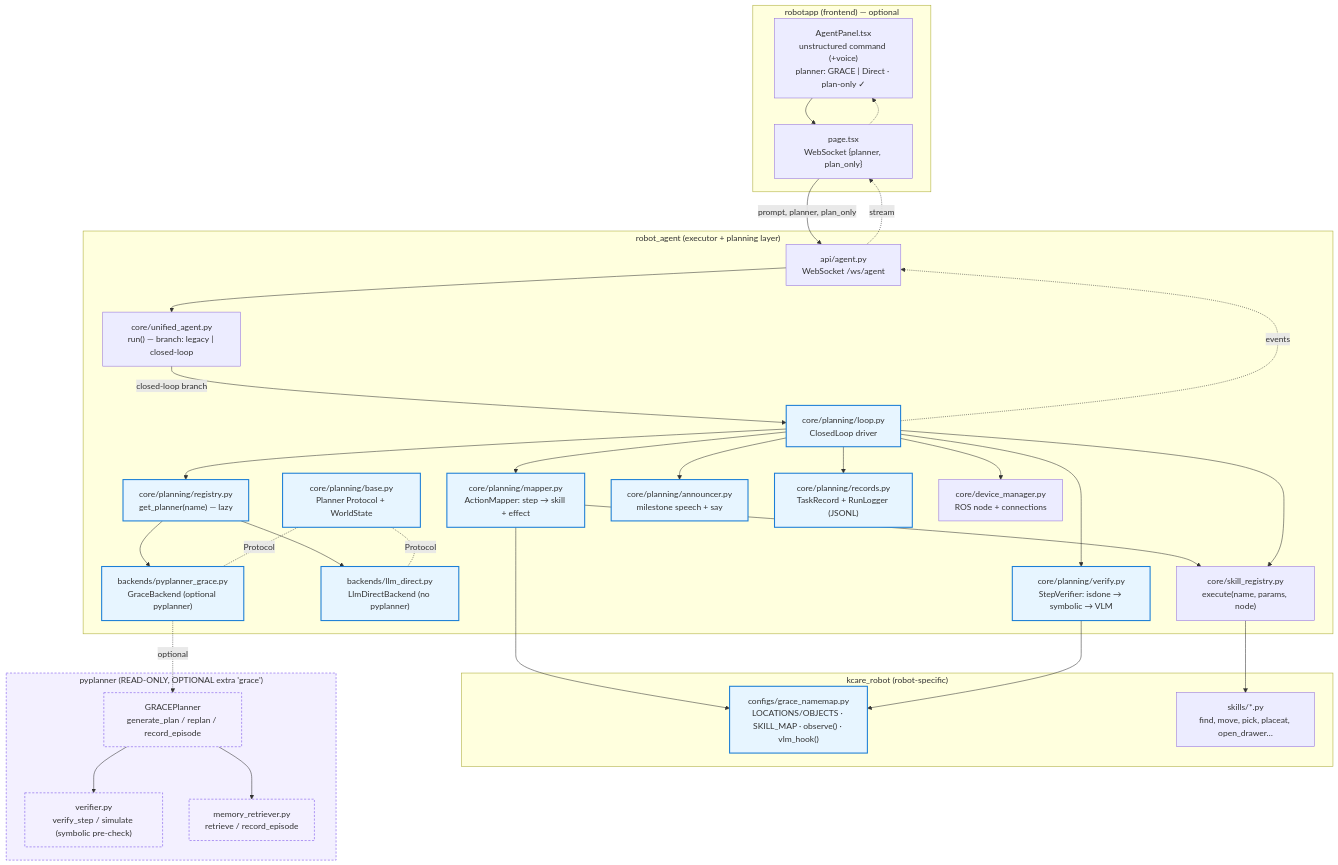
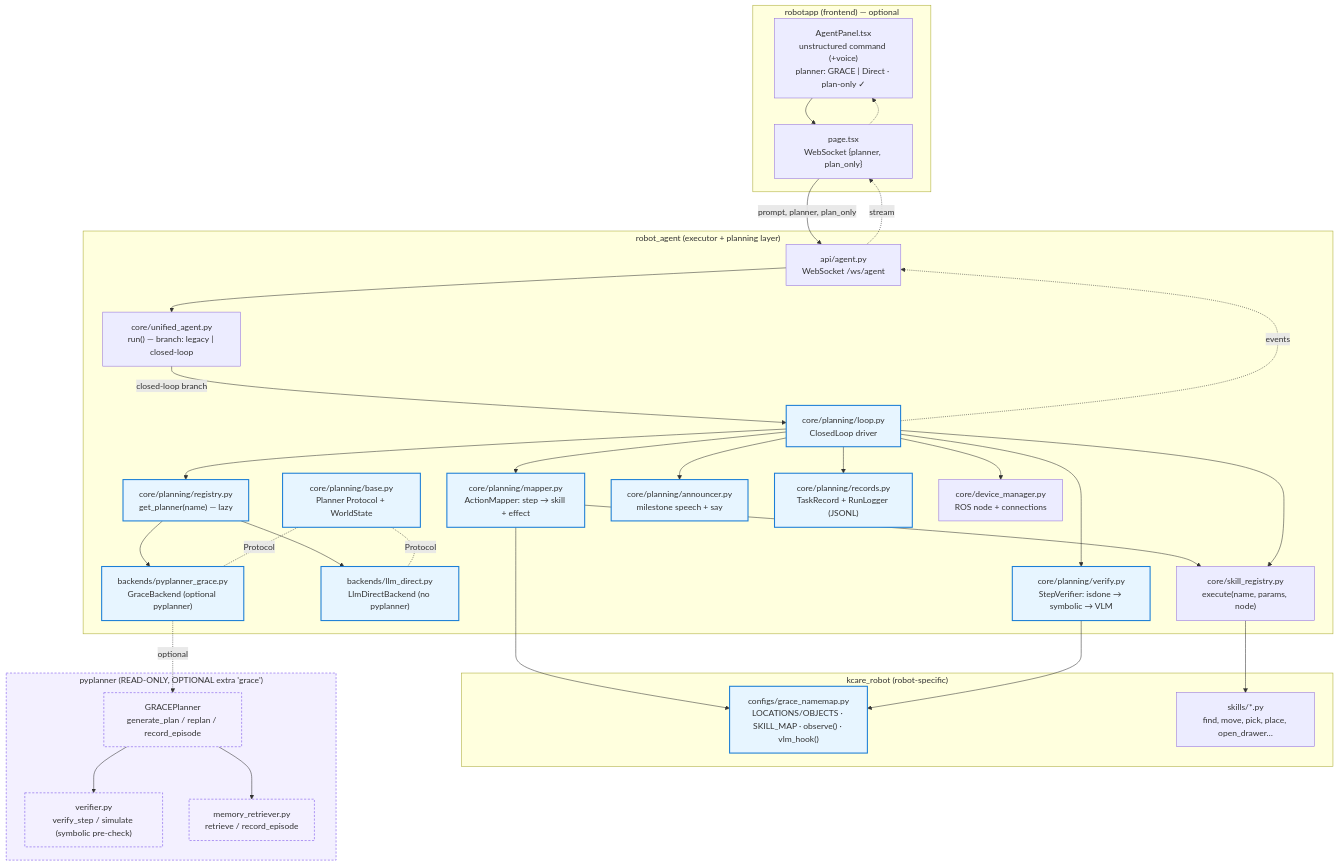
The first of 2 diagrams in docs/CLOSED_LOOP_ARCHITECTURE.md (mtbui2010/kcare_robot), drawn with Mermaid before and after one commit. The commit also changed 21 other files, not shown here.

First line of the commit message:
Remove placeat / approach_close; Place -> place; find verify + min_conf; 8b model for every site

````diff
--- a/docs/CLOSED_LOOP_ARCHITECTURE.md
+++ b/docs/CLOSED_LOOP_ARCHITECTURE.md
@@ -26,57 +26,57 @@
 ```mermaid
 graph TD
   subgraph UI["robotapp (frontend) — optional"]
     AP["AgentPanel.tsx<br/>unstructured command (+voice)<br/>planner: GRACE | Direct · plan-only ✓"]
     PG["page.tsx<br/>WebSocket {planner, plan_only}"]
   end
 
   subgraph RA["robot_agent (executor + planning layer)"]
     API["api/agent.py<br/>WebSocket /ws/agent"]
     UA["core/unified_agent.py<br/>run() — branch: legacy | closed-loop"]
     CL["core/planning/loop.py<br/>ClosedLoop driver"]
     REG["core/planning/registry.py<br/>get_planner(name) — lazy"]
     BASE["core/planning/base.py<br/>Planner Protocol + WorldState"]
     BG["backends/pyplanner_grace.py<br/>GraceBackend (optional pyplanner)"]
     BD["backends/llm_direct.py<br/>LlmDirectBackend (no pyplanner)"]
     MAP["core/planning/mapper.py<br/>ActionMapper: step → skill + effect"]
     VER["core/planning/verify.py<br/>StepVerifier: isdone → symbolic → VLM"]
     ANN["core/planning/announcer.py<br/>milestone speech + say"]
     LOG["core/planning/records.py<br/>TaskRecord + RunLogger (JSONL)"]
     SR["core/skill_registry.py<br/>execute(name, params, node)"]
     DM["core/device_manager.py<br/>ROS node + connections"]
   end
 
   subgraph KC["kcare_robot (robot-specific)"]
     NM["configs/grace_namemap.py<br/>LOCATIONS/OBJECTS · SKILL_MAP · observe() · vlm_hook()"]
-    SK["skills/*.py<br/>find, move, pick, placeat, open_drawer…"]
+    SK["skills/*.py<br/>find, move, pick, place, open_drawer…"]
   end
 
   subgraph PP["pyplanner (READ-ONLY, OPTIONAL extra 'grace')"]
     PL["GRACEPlanner<br/>generate_plan / replan / record_episode"]
     VF["verifier.py<br/>verify_step / simulate (symbolic pre-check)"]
     MEM["memory_retriever.py<br/>retrieve / record_episode"]
   end
 
   AP --> PG -->|prompt, planner, plan_only| API --> UA
   UA -->|closed-loop branch| CL
   CL --> REG --> BG
   REG --> BD
   CL --> MAP --> NM
   CL --> VER --> NM
   CL --> ANN
   CL --> LOG
   MAP --> SR --> SK
   CL --> SR
   CL --> DM
   BG -.optional.-> PL
   PL --> VF
   PL --> MEM
   BASE -. Protocol .- BG
   BASE -. Protocol .- BD
   CL -.events.-> API -.stream.-> PG -.-> AP
 
   classDef impl fill:#e7f5ff,stroke:#1c7ed6,stroke-width:2px;
   classDef ro fill:#f3f0ff,stroke:#7048e8,stroke-dasharray:4 3;
   class CL,REG,BASE,BG,BD,MAP,VER,ANN,LOG,NM impl;
   class PL,VF,MEM,PP ro;
 ```
````
